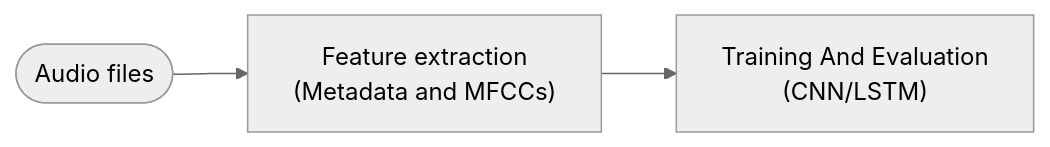
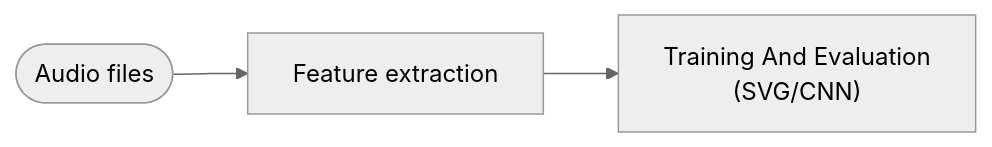
The first of 2 diagrams in README.md (dungphys/CodeAlpha_EmotionRecognition), drawn with Mermaid (neutral theme) before and after one commit. The commit also changed other lines of this file, not shown here.

````diff
--- a/README.md
+++ b/README.md
@@ -37,4 +36,4 @@
 ```mermaid
 graph LR
-    A(["Audio files"]) --> B["Feature extraction \n (Metadata and MFCCs)"] --> C["Training And Evaluation \n (CNN/LSTM)"] 
+    A(["Audio files"]) --> B["Feature extraction"] --> C["Training And Evaluation \n (SVG/CNN)"] 
 ```
````
